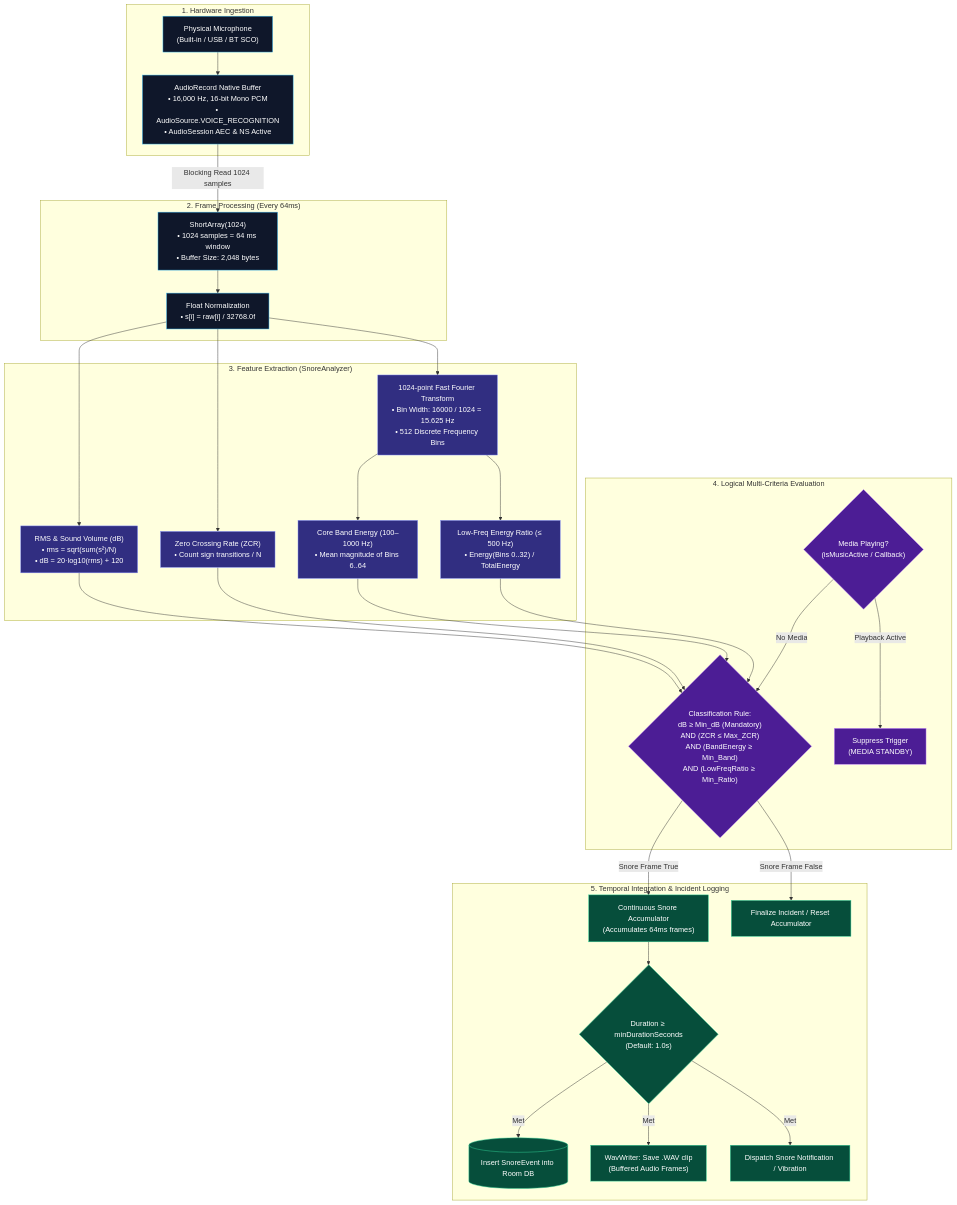
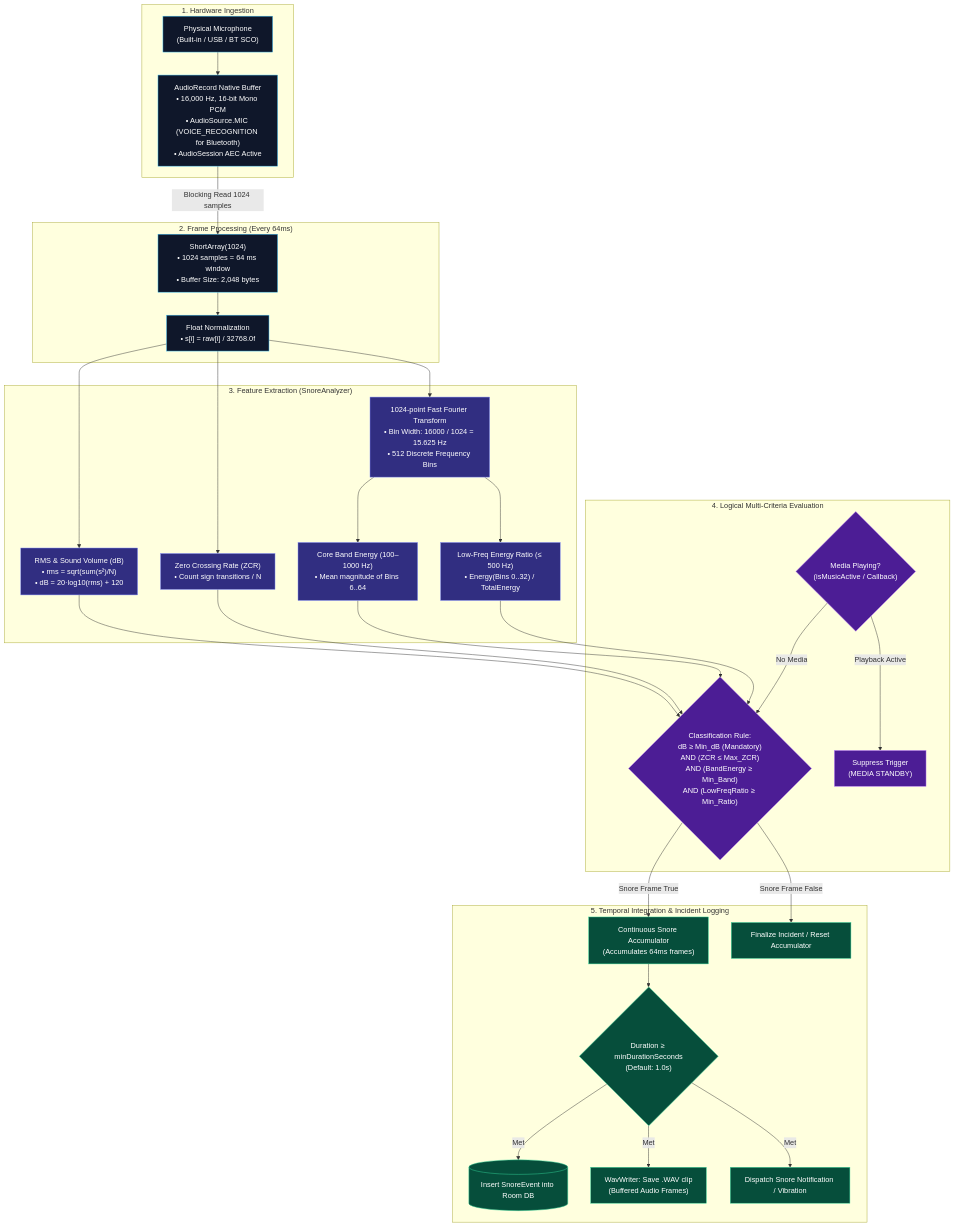
The third of 10 diagrams in ARCHITECTURE.md (elgrande73/FOSS-snore-detector-android-app), drawn with Mermaid before and after one commit. The commit also changed other lines of this file and 7 other files, not shown here.

````diff
--- a/ARCHITECTURE.md
+++ b/ARCHITECTURE.md
@@ -144,61 +144,61 @@
 ```mermaid
 flowchart TD
     subgraph Hardware_Capture ["1. Hardware Ingestion"]
         HW["Physical Microphone<br/>(Built-in / USB / BT SCO)"]
-        AR["AudioRecord Native Buffer<br/>• 16,000 Hz, 16-bit Mono PCM<br/>• AudioSource.VOICE_RECOGNITION<br/>• AudioSession AEC & NS Active"]
+        AR["AudioRecord Native Buffer<br/>• 16,000 Hz, 16-bit Mono PCM<br/>• AudioSource.MIC (VOICE_RECOGNITION for Bluetooth)<br/>• AudioSession AEC Active"]
         HW --> AR
     end
 
     subgraph Frame_Chunking ["2. Frame Processing (Every 64ms)"]
         Frame["ShortArray(1024)<br/>• 1024 samples = 64 ms window<br/>• Buffer Size: 2,048 bytes"]
         Norm["Float Normalization<br/>• s[i] = raw[i] / 32768.0f"]
         AR -->|Blocking Read 1024 samples| Frame
         Frame --> Norm
     end
 
     subgraph Feature_Extraction ["3. Feature Extraction (SnoreAnalyzer)"]
         RMS["RMS & Sound Volume (dB)<br/>• rms = sqrt(sum(s²)/N)<br/>• dB = 20·log10(rms) + 120"]
         ZCR["Zero Crossing Rate (ZCR)<br/>• Count sign transitions / N"]
         FFT_Op["1024-point Fast Fourier Transform<br/>• Bin Width: 16000 / 1024 = 15.625 Hz<br/>• 512 Discrete Frequency Bins"]
         Band["Core Band Energy (100–1000 Hz)<br/>• Mean magnitude of Bins 6..64"]
         Ratio["Low-Freq Energy Ratio (≤ 500 Hz)<br/>• Energy(Bins 0..32) / TotalEnergy"]
         
         Norm --> RMS
         Norm --> ZCR
         Norm --> FFT_Op
         FFT_Op --> Band
         FFT_Op --> Ratio
     end
 
     subgraph Threshold_Logic ["4. Logical Multi-Criteria Evaluation"]
         Eval{"Classification Rule:<br/>dB ≥ Min_dB (Mandatory)<br/>AND (ZCR ≤ Max_ZCR)<br/>AND (BandEnergy ≥ Min_Band)<br/>AND (LowFreqRatio ≥ Min_Ratio)"}
         MediaCheck{"Media Playing?<br/>(isMusicActive / Callback)"}
         
         RMS & ZCR & Band & Ratio --> Eval
         MediaCheck -->|Playback Active| Suspend["Suppress Trigger<br/>(MEDIA STANDBY)"]
         MediaCheck -->|No Media| Eval
     end
 
     subgraph Event_Integration ["5. Temporal Integration & Incident Logging"]
         Timer["Continuous Snore Accumulator<br/>(Accumulates 64ms frames)"]
         DurCheck{"Duration ≥ minDurationSeconds<br/>(Default: 1.0s)"}
         DBWrite[("Insert SnoreEvent into Room DB")]
         WavWrite["WavWriter: Save .WAV clip<br/>(Buffered Audio Frames)"]
         Notif["Dispatch Snore Notification / Vibration"]
 
         Eval -->|Snore Frame True| Timer
         Timer --> DurCheck
         DurCheck -->|Met| DBWrite & WavWrite & Notif
         Eval -->|Snore Frame False| ResetTimer["Finalize Incident / Reset Accumulator"]
     end
 
     classDef hw fill:#0f172a,stroke:#38bdf8,color:#fff;
     classDef feat fill:#312e81,stroke:#818cf8,color:#fff;
     classDef logic fill:#4c1d95,stroke:#c084fc,color:#fff;
     classDef action fill:#064e3b,stroke:#34d399,color:#fff;
     
     class HW,AR,Frame,Norm hw;
     class RMS,ZCR,FFT_Op,Band,Ratio feat;
     class Eval,MediaCheck,Suspend logic;
     class Timer,DurCheck,DBWrite,WavWrite,Notif,ResetTimer action;
 ```
````
